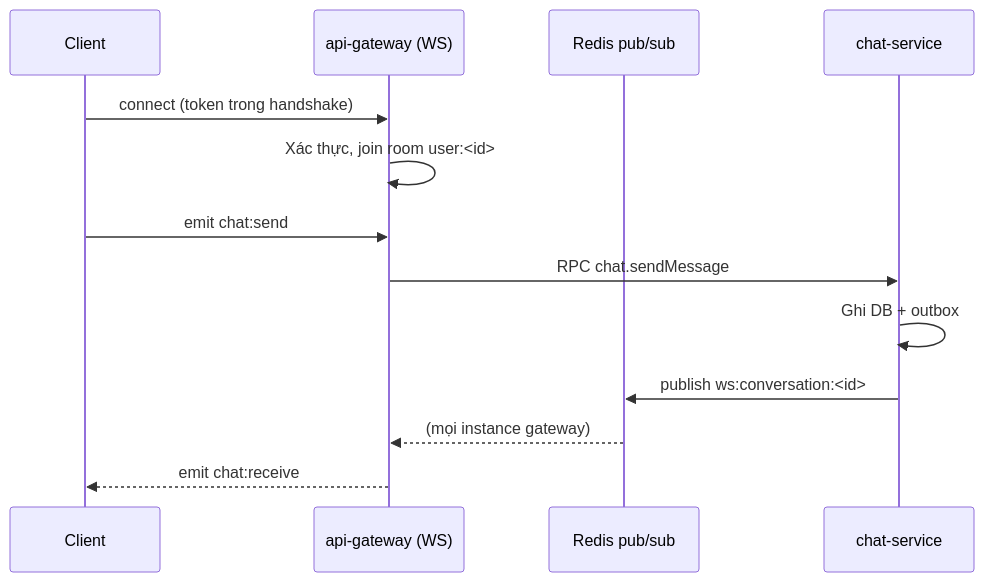
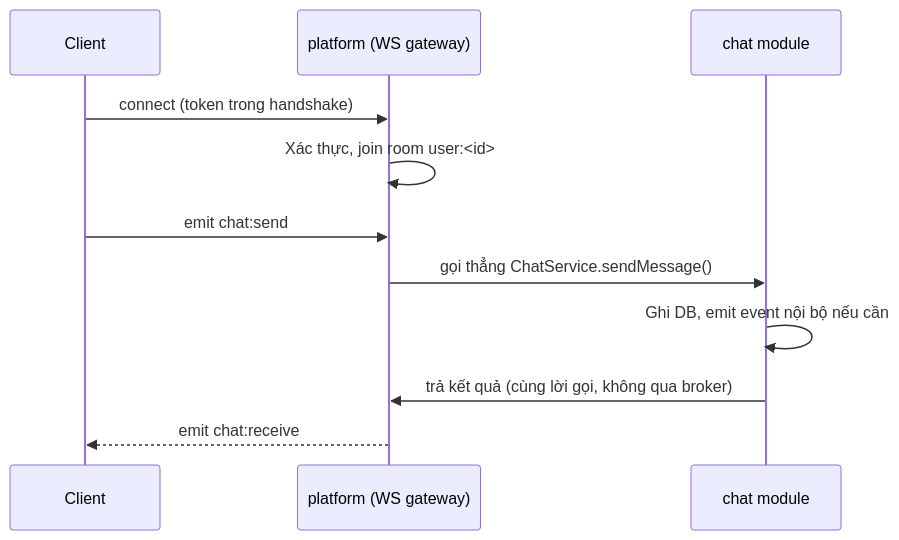
One commit to timmy277/timmyhub changed the fourth of 4 diagrams in docs/01-architecture/communication-patterns.md. Above: the diagram before and after it, drawn with Mermaid. The commit also changed other lines of this file and 34 other files, not shown here.

````diff
--- a/docs/01-architecture/communication-patterns.md
+++ b/docs/01-architecture/communication-patterns.md
@@ -385,16 +295,14 @@
 ```mermaid
 sequenceDiagram
     participant C as Client
-    participant GW as api-gateway (WS)
-    participant R as Redis pub/sub
-    participant CHT as chat-service
+    participant GW as platform (WS gateway)
+    participant CHT as chat module
 
     C->>GW: connect (token trong handshake)
     GW->>GW: Xác thực, join room user:<id>
     C->>GW: emit chat:send
-    GW->>CHT: RPC chat.sendMessage
-    CHT->>CHT: Ghi DB + outbox
-    CHT->>R: publish ws:conversation:<id>
-    R-->>GW: (mọi instance gateway)
+    GW->>CHT: gọi thẳng ChatService.sendMessage()
+    CHT->>CHT: Ghi DB, emit event nội bộ nếu cần
+    CHT->>GW: trả kết quả (cùng lời gọi, không qua broker)
     GW-->>C: emit chat:receive
 ```
````
